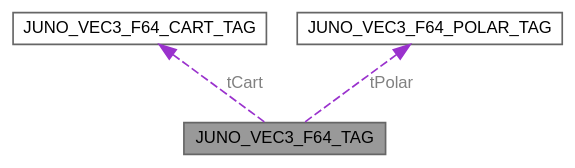
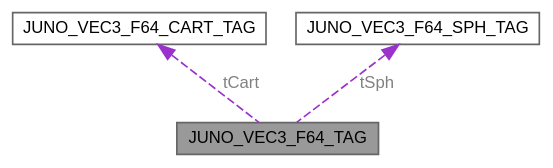
Before and after one commit to robinonsay/libjuno: the diagram in unionJUNO__VEC3__F64__TAG__coll__graph.dot, drawn with Graphviz. The commit also changed 241 other files, not shown here.

```diff
--- a/unionJUNO__VEC3__F64__TAG__coll__graph.dot
+++ b/unionJUNO__VEC3__F64__TAG__coll__graph.dot
@@ -1,12 +1,12 @@
 digraph "JUNO_VEC3_F64_TAG"
 {
  // LATEX_PDF_SIZE
   bgcolor="transparent";
   edge [fontname=Helvetica,fontsize=10,labelfontname=Helvetica,labelfontsize=10];
   node [fontname=Helvetica,fontsize=10,shape=box,height=0.2,width=0.4];
   Node1 [id="Node000001",label="JUNO_VEC3_F64_TAG",height=0.2,width=0.4,color="gray40", fillcolor="grey60", style="filled", fontcolor="black",tooltip="3D vector union supporting Cartesian, spherical, and array access (double precision)."];
   Node2 -> Node1 [id="edge1_Node000001_Node000002",dir="back",color="darkorchid3",style="dashed",tooltip=" ",label=" tCart",fontcolor="grey" ];
   Node2 [id="Node000002",label="JUNO_VEC3_F64_CART_TAG",height=0.2,width=0.4,color="gray40", fillcolor="white", style="filled",URL="$structJUNO__VEC3__F64__CART__TAG.html",tooltip="3D vector in Cartesian coordinates (double precision)."];
-  Node3 -> Node1 [id="edge2_Node000001_Node000003",dir="back",color="darkorchid3",style="dashed",tooltip=" ",label=" tPolar",fontcolor="grey" ];
-  Node3 [id="Node000003",label="JUNO_VEC3_F64_POLAR_TAG",height=0.2,width=0.4,color="gray40", fillcolor="white", style="filled",URL="$structJUNO__VEC3__F64__POLAR__TAG.html",tooltip="3D vector in spherical coordinates (double precision)."];
+  Node3 -> Node1 [id="edge2_Node000001_Node000003",dir="back",color="darkorchid3",style="dashed",tooltip=" ",label=" tSph",fontcolor="grey" ];
+  Node3 [id="Node000003",label="JUNO_VEC3_F64_SPH_TAG",height=0.2,width=0.4,color="gray40", fillcolor="white", style="filled",URL="$structJUNO__VEC3__F64__SPH__TAG.html",tooltip="3D vector in spherical coordinates (double precision)."];
 }
```
